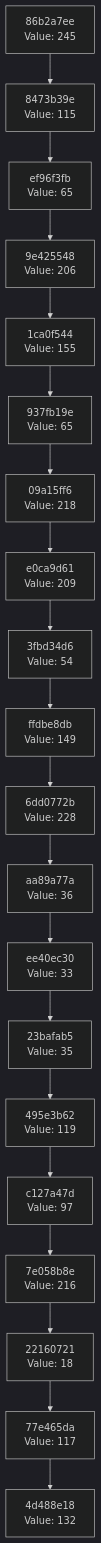
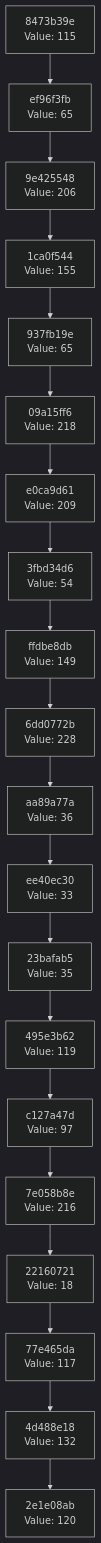
The diagram in docs/CHAIN_VISUALIZATION.md (Abhisheksinha1506/hash-chain-evolver), drawn with Mermaid (dark theme) before and after one commit. The commit also changed 3 other files, not shown here.

````diff
--- a/docs/CHAIN_VISUALIZATION.md
+++ b/docs/CHAIN_VISUALIZATION.md
@@ -3,42 +3,42 @@
 ```mermaid
 graph TD
-    C0["4d488e18<br/>Value: 132"]
-    C1["77e465da<br/>Value: 117"]
+    C0["2e1e08ab<br/>Value: 120"]
+    C1["4d488e18<br/>Value: 132"]
     C1 --> C0
-    C2["22160721<br/>Value: 18"]
+    C2["77e465da<br/>Value: 117"]
     C2 --> C1
-    C3["7e058b8e<br/>Value: 216"]
+    C3["22160721<br/>Value: 18"]
     C3 --> C2
-    C4["c127a47d<br/>Value: 97"]
+    C4["7e058b8e<br/>Value: 216"]
     C4 --> C3
-    C5["495e3b62<br/>Value: 119"]
+    C5["c127a47d<br/>Value: 97"]
     C5 --> C4
-    C6["23bafab5<br/>Value: 35"]
+    C6["495e3b62<br/>Value: 119"]
     C6 --> C5
-    C7["ee40ec30<br/>Value: 33"]
+    C7["23bafab5<br/>Value: 35"]
     C7 --> C6
-    C8["aa89a77a<br/>Value: 36"]
+    C8["ee40ec30<br/>Value: 33"]
     C8 --> C7
-    C9["6dd0772b<br/>Value: 228"]
+    C9["aa89a77a<br/>Value: 36"]
     C9 --> C8
-    C10["ffdbe8db<br/>Value: 149"]
+    C10["6dd0772b<br/>Value: 228"]
     C10 --> C9
-    C11["3fbd34d6<br/>Value: 54"]
+    C11["ffdbe8db<br/>Value: 149"]
     C11 --> C10
-    C12["e0ca9d61<br/>Value: 209"]
+    C12["3fbd34d6<br/>Value: 54"]
     C12 --> C11
-    C13["09a15ff6<br/>Value: 218"]
+    C13["e0ca9d61<br/>Value: 209"]
     C13 --> C12
-    C14["937fb19e<br/>Value: 65"]
+    C14["09a15ff6<br/>Value: 218"]
     C14 --> C13
-    C15["1ca0f544<br/>Value: 155"]
+    C15["937fb19e<br/>Value: 65"]
     C15 --> C14
-    C16["9e425548<br/>Value: 206"]
+    C16["1ca0f544<br/>Value: 155"]
     C16 --> C15
-    C17["ef96f3fb<br/>Value: 65"]
+    C17["9e425548<br/>Value: 206"]
     C17 --> C16
-    C18["8473b39e<br/>Value: 115"]
+    C18["ef96f3fb<br/>Value: 65"]
     C18 --> C17
-    C19["86b2a7ee<br/>Value: 245"]
+    C19["8473b39e<br/>Value: 115"]
     C19 --> C18
 ```
````
